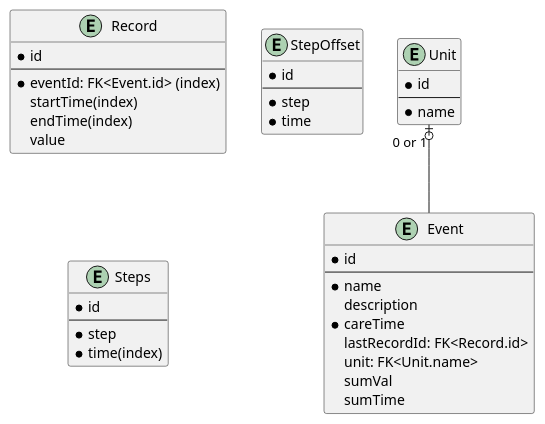
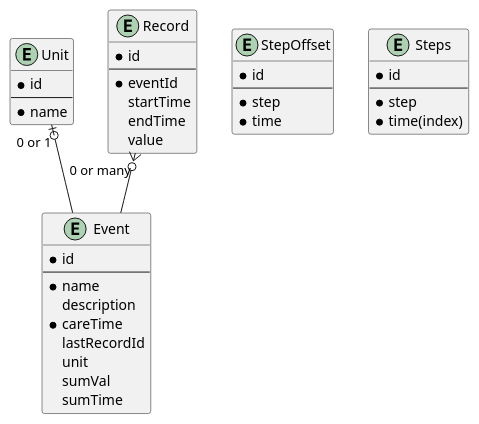
The diagram in ER图.puml (Guoyuer/eventTracker), drawn with PlantUML before and after one commit. The commit also changed 1 other file, not shown here.

```diff
--- a/ER图.puml
+++ b/ER图.puml
@@ -1,73 +1,74 @@
 @startuml
 'https://plantuml.com/class-diagram
 
 'abstract class AbstractList
 'abstract AbstractCollection
 'interface List
 'interface Collection
 '
 'List <|-- AbstractList
 'Collection <|-- AbstractCollection
 '
 'Collection <|- List
 'AbstractCollection <|- AbstractList
 'AbstractList <|-- ArrayList
 '
 'class ArrayList {
 'Object[] elementData
 'size()
 '}
 '
 'enum TimeUnit {
 'DAYS
 'HOURS
 'MINUTES
 '}
 
 entity Event{
     *id
     --
     *name
     description
     *careTime
-    lastRecordId: FK<Record.id>
-    unit: FK<Unit.name>
+    lastRecordId
+    unit
     sumVal
     sumTime
 }
 
 entity Unit{
     *id
     --
     *name
 }
-Unit "0 or 1" |o-- Event
+
 
 
 entity Record{
     *id
     --
-    *eventId: FK<Event.id> (index)
-    startTime(index)
-    endTime(index)
+    *eventId
+    startTime
+    endTime
     value
 }
 
 
 entity StepOffset{
     *id
     --
     *step
     *time
 }
 
 entity Steps{
     *id
     --
     *step
     *time(index)
 }
-
+Unit "0 or 1" |o-- Event
+Record "0 or many" }o-- Event
 
 
 @enduml
```
